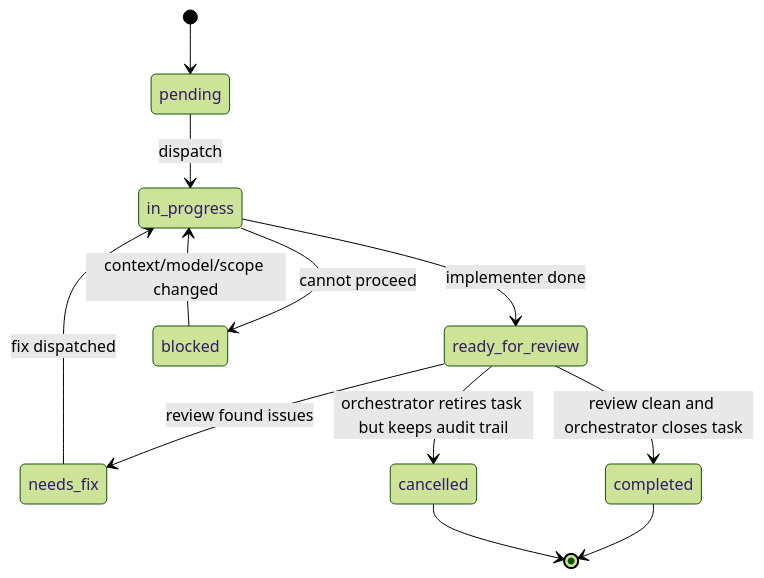
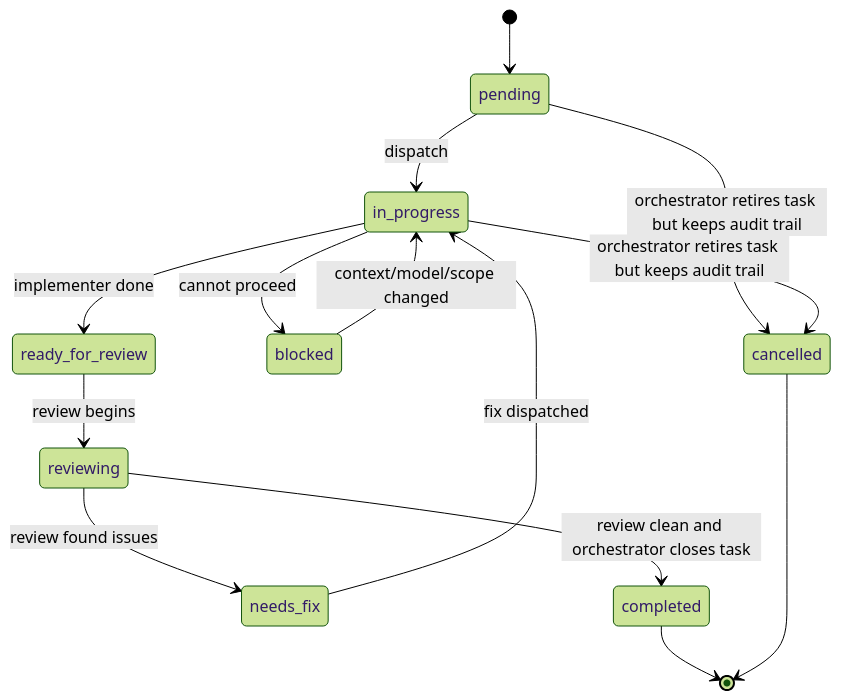
Diagram 11 of 11 in super-planning/docs/AGENT-DECISION-FLOW.md (gugacarbo/agents-skills), drawn with Mermaid (forest theme) before and after one commit. The commit also changed other lines of this file and 41 other files, not shown here.

````diff
--- a/super-planning/docs/AGENT-DECISION-FLOW.md
+++ b/super-planning/docs/AGENT-DECISION-FLOW.md
@@ -252,14 +249,16 @@
 ```mermaid
 stateDiagram-v2
     [*] --> pending
     pending --> in_progress: dispatch
     in_progress --> ready_for_review: implementer done
-    ready_for_review --> needs_fix: review found issues
+    ready_for_review --> reviewing: review begins
+    reviewing --> needs_fix: review found issues
     needs_fix --> in_progress: fix dispatched
     in_progress --> blocked: cannot proceed
     blocked --> in_progress: context/model/scope changed
-    ready_for_review --> completed: review clean and orchestrator closes task
-    ready_for_review --> cancelled: orchestrator retires task but keeps audit trail
+    reviewing --> completed: review clean and orchestrator closes task
+    pending --> cancelled: orchestrator retires task but keeps audit trail
+    in_progress --> cancelled: orchestrator retires task but keeps audit trail
     completed --> [*]
     cancelled --> [*]
 ```
````
